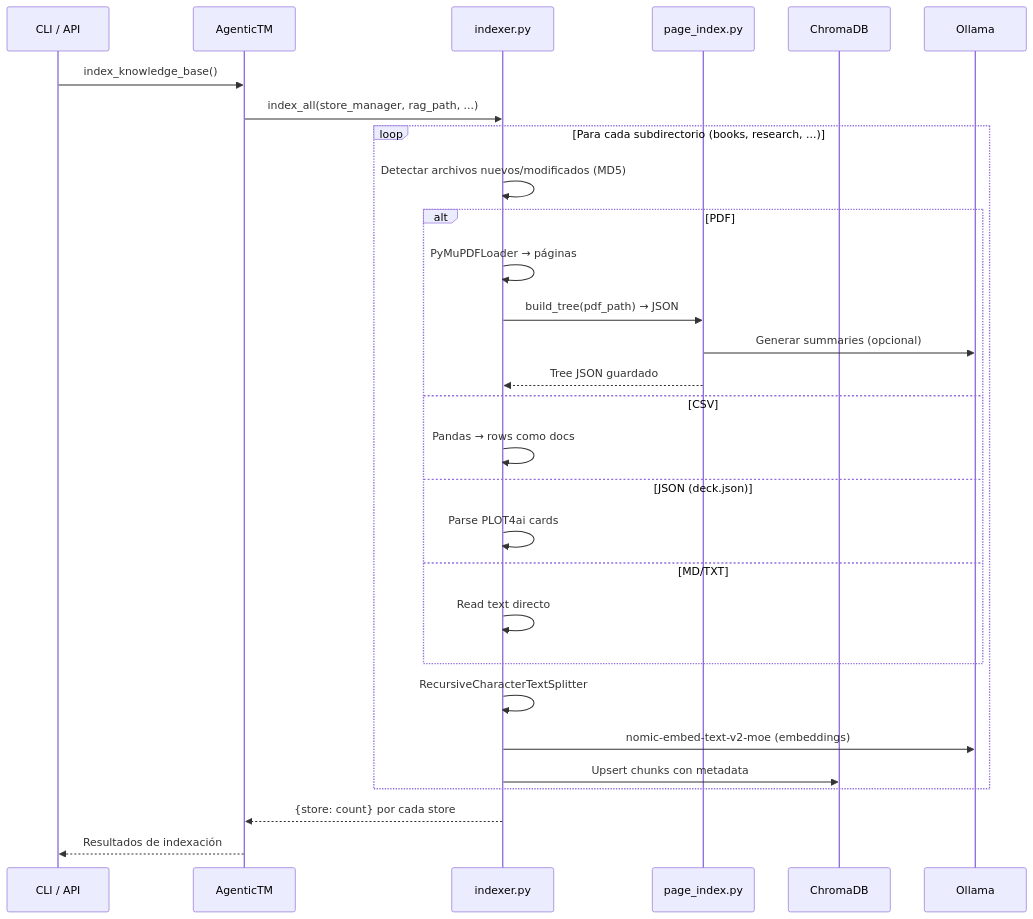
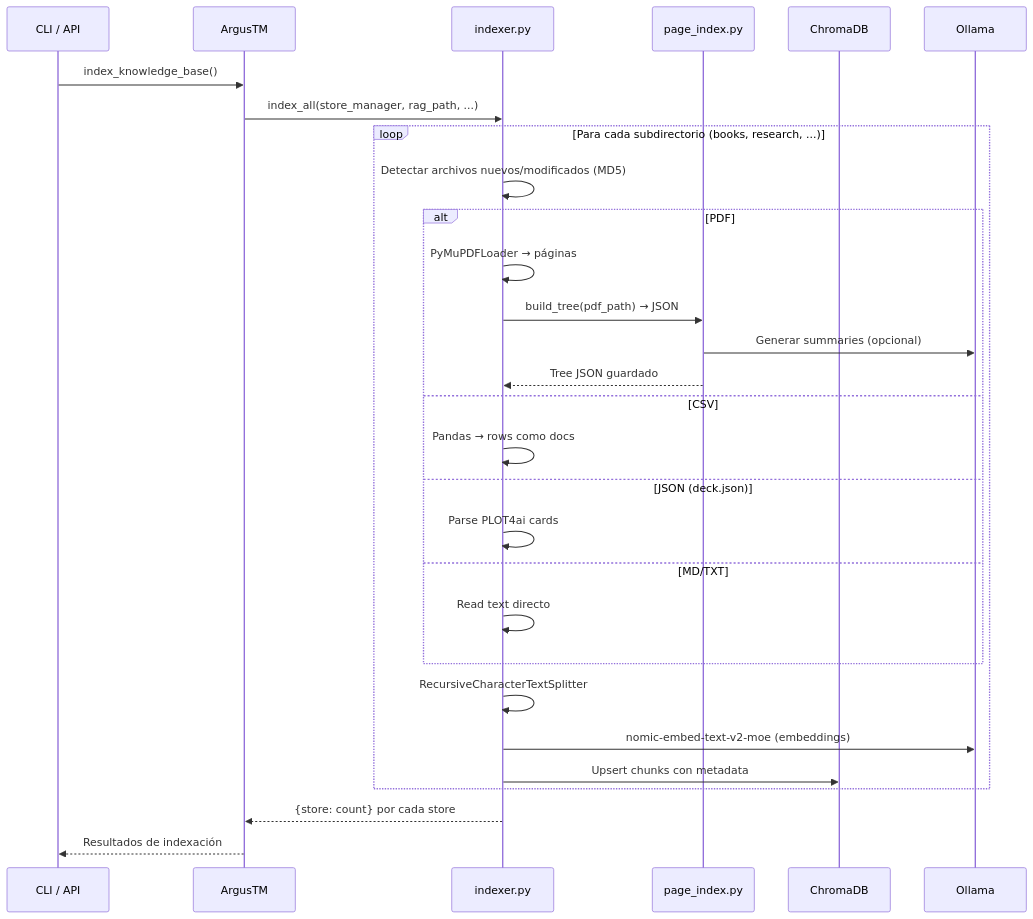
The third of 3 diagrams in docs/05_sistema_rag.md (philocyber/argus-v1), drawn with Mermaid before and after one commit. The commit also changed other lines of this file and 47 other files, not shown here.

````diff
--- a/docs/05_sistema_rag.md
+++ b/docs/05_sistema_rag.md
@@ -436,36 +436,36 @@
 ```mermaid
 sequenceDiagram
     participant CLI as CLI / API
-    participant Core as AgenticTM
+    participant Core as ArgusTM
     participant Indexer as indexer.py
     participant PI as page_index.py
     participant Chroma as ChromaDB
     participant Ollama as Ollama
 
     CLI->>Core: index_knowledge_base()
     Core->>Indexer: index_all(store_manager, rag_path, ...)
     
     loop Para cada subdirectorio (books, research, ...)
         Indexer->>Indexer: Detectar archivos nuevos/modificados (MD5)
         
         alt PDF
             Indexer->>Indexer: PyMuPDFLoader → páginas
             Indexer->>PI: build_tree(pdf_path) → JSON
             PI->>Ollama: Generar summaries (opcional)
             PI-->>Indexer: Tree JSON guardado
         else CSV
             Indexer->>Indexer: Pandas → rows como docs
         else JSON (deck.json)
             Indexer->>Indexer: Parse PLOT4ai cards
         else MD/TXT
             Indexer->>Indexer: Read text directo
         end
         
         Indexer->>Indexer: RecursiveCharacterTextSplitter
         Indexer->>Ollama: nomic-embed-text-v2-moe (embeddings)
         Indexer->>Chroma: Upsert chunks con metadata
     end
     
     Indexer-->>Core: {store: count} por cada store
     Core-->>CLI: Resultados de indexación
 ```
````
